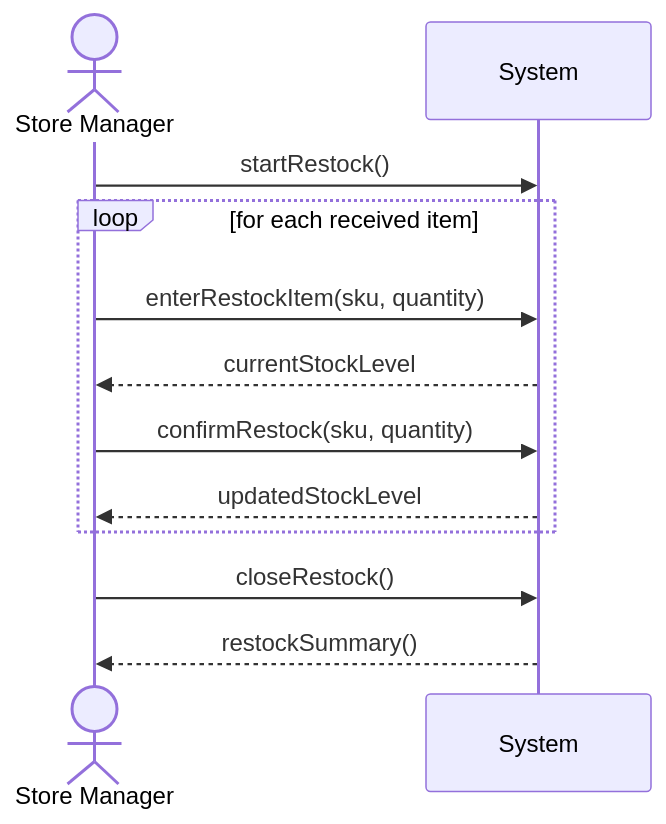
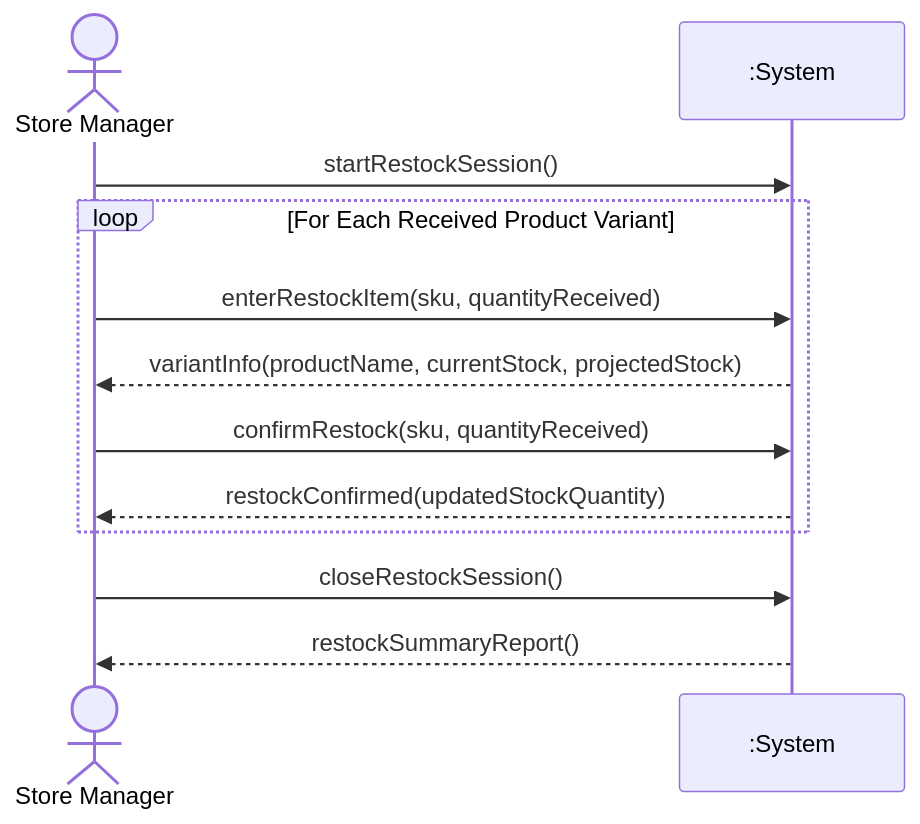
Before and after one commit to bwalya-star/POS-Retail-Clothing-Store: the third of 8 diagrams in docs/system_sequence_diagrams.md, drawn with Mermaid. The commit also changed other lines of this file and 15 other files, not shown here.

````diff
--- a/docs/system_sequence_diagrams.md
+++ b/docs/system_sequence_diagrams.md
@@ -45,15 +54,15 @@
 ```mermaid
 sequenceDiagram
     actor M as Store Manager
-    participant S as System
+    participant S as :System
 
-    M->>S: startRestock()
-    loop for each received item
-        M->>S: enterRestockItem(sku, quantity)
-        S-->>M: currentStockLevel
-        M->>S: confirmRestock(sku, quantity)
-        S-->>M: updatedStockLevel
+    M->>S: startRestockSession()
+    loop For Each Received Product Variant
+        M->>S: enterRestockItem(sku, quantityReceived)
+        S-->>M: variantInfo(productName, currentStock, projectedStock)
+        M->>S: confirmRestock(sku, quantityReceived)
+        S-->>M: restockConfirmed(updatedStockQuantity)
     end
-    M->>S: closeRestock()
-    S-->>M: restockSummary()
+    M->>S: closeRestockSession()
+    S-->>M: restockSummaryReport()
 ```
````
